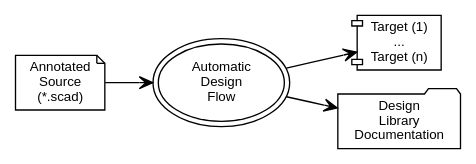
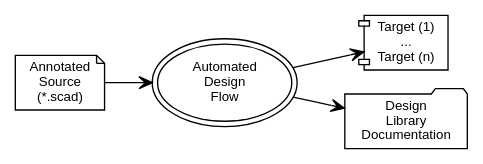
Before and after one commit to royasutton/openscad-amu: the diagram in docs/assets/flow_intro.dot, drawn with Graphviz. The commit also changed 4 other files, not shown here.

```diff
--- a/docs/assets/flow_intro.dot
+++ b/docs/assets/flow_intro.dot
@@ -1,10 +1,10 @@
 digraph example {
   rankdir="LR";
   node [fontname=Helvetica fontsize=10];
   edge [arrowhead=vee];
   a  [shape=note label="Annotated\nSource\n(*.scad)" URL="\ref vehicle.scad"];
-  b  [shape=oval peripheries=2 label="Automatic\nDesign\nFlow" URL="\ref design_flow"];
+  b  [shape=oval peripheries=2 label="Automated\nDesign\nFlow" URL="\ref design_flow"];
   c  [shape=component label="Target (1)\n...\nTarget (n)" URL="../../../examples/build/html/vehicle_test_car_17.stl"];
   d  [shape=folder label="Design\nLibrary\nDocumentation" URL="../../../examples/build/html/index.html"];
   a->b; b->{c d};
 }
```
